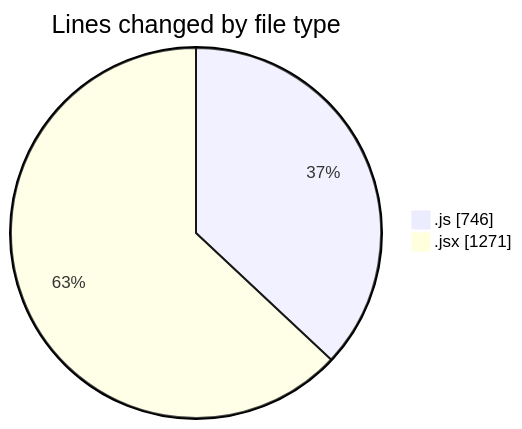
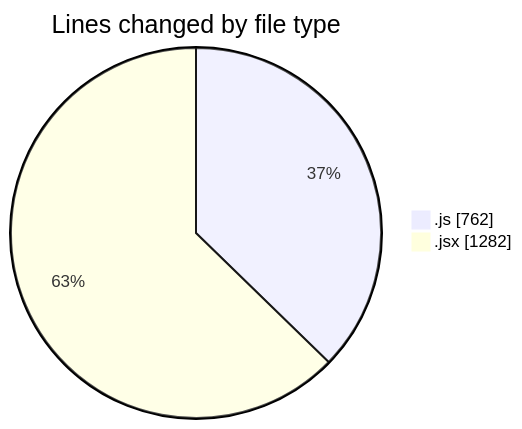
The first of 2 diagrams in 2025-10-26/nxtqube_webapp/README.md (nxtqubesakshisongat/code-tracking), drawn with Mermaid before and after one commit. The commit also changed other lines of this file and 1 other file, not shown here.

````diff
--- a/2025-10-26/nxtqube_webapp/README.md
+++ b/2025-10-26/nxtqube_webapp/README.md
@@ -22,6 +22,6 @@
 ```mermaid
 pie showData
 title Lines changed by file type
-".js" : 746
-".jsx" : 1271
+".js" : 762
+".jsx" : 1282
 ```
````
